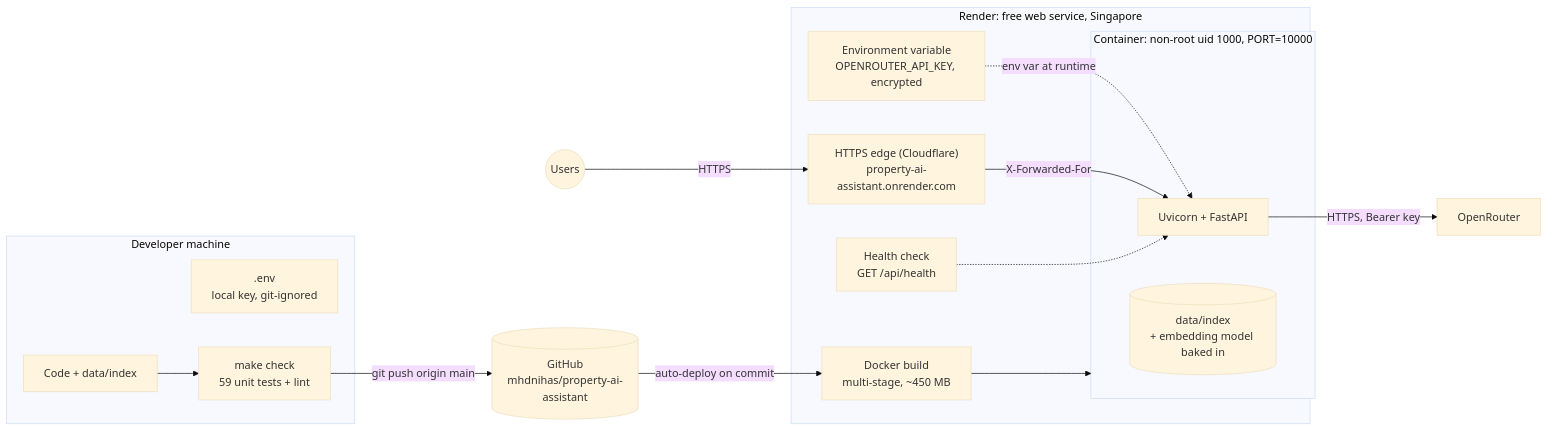
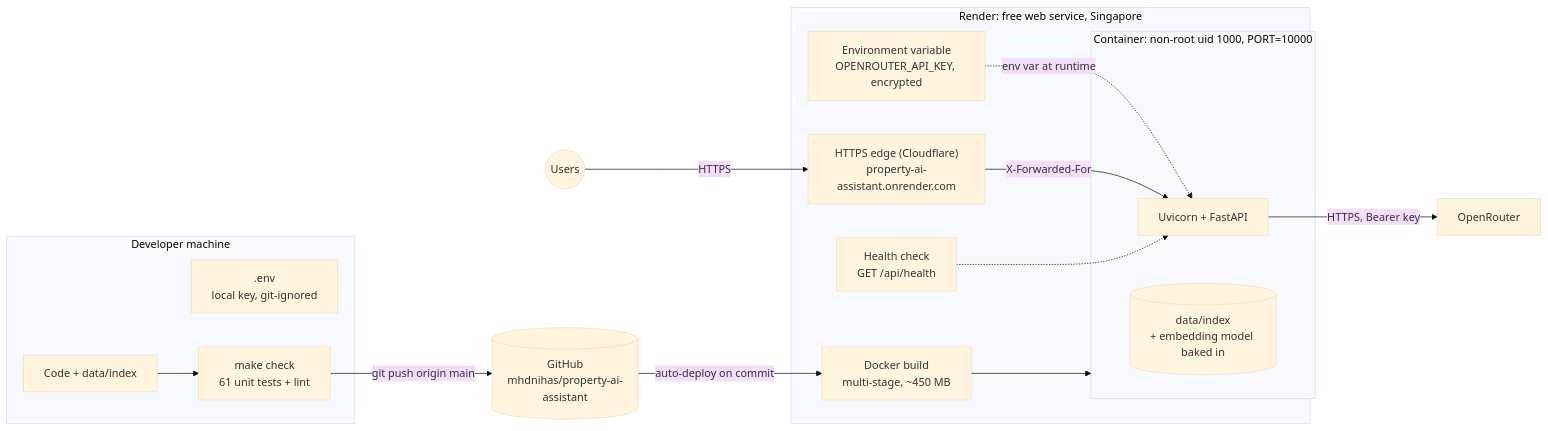
Before and after one commit to mhdnihas/property-ai-assistant: diagram 13 of 14 in docs/ARCHITECTURE.md, drawn with Mermaid (base theme). The commit also changed 5 other files, not shown here.

````diff
--- a/docs/ARCHITECTURE.md
+++ b/docs/ARCHITECTURE.md
@@ -506,31 +506,31 @@
 ```mermaid
 flowchart LR
     subgraph DEV["Developer machine"]
         CODE["Code + data/index"]
         ENV[".env<br/>local key, git-ignored"]
-        TEST["make check<br/>59 unit tests + lint"]
+        TEST["make check<br/>61 unit tests + lint"]
         CODE --> TEST
     end
 
     GH[("GitHub<br/>mhdnihas/property-ai-assistant")]
 
     subgraph RENDER["Render: free web service, Singapore"]
         BUILD["Docker build<br/>multi-stage, ~450 MB"]
         SECRET["Environment variable<br/>OPENROUTER_API_KEY, encrypted"]
         subgraph CT["Container: non-root uid 1000, PORT=10000"]
             UV["Uvicorn + FastAPI"]
             IDXC[("data/index<br/>+ embedding model baked in")]
         end
         HC["Health check<br/>GET /api/health"]
         PROXY["HTTPS edge (Cloudflare)<br/>property-ai-assistant.onrender.com"]
     end
 
     USERS(("Users"))
     ORX["OpenRouter"]
 
     TEST -->|"git push origin main"| GH -->|"auto-deploy on commit"| BUILD --> CT
     SECRET -. "env var at runtime" .-> UV
     USERS -->|HTTPS| PROXY -->|"X-Forwarded-For"| UV
     UV -->|"HTTPS, Bearer key"| ORX
     HC -.-> UV
 ```
````
